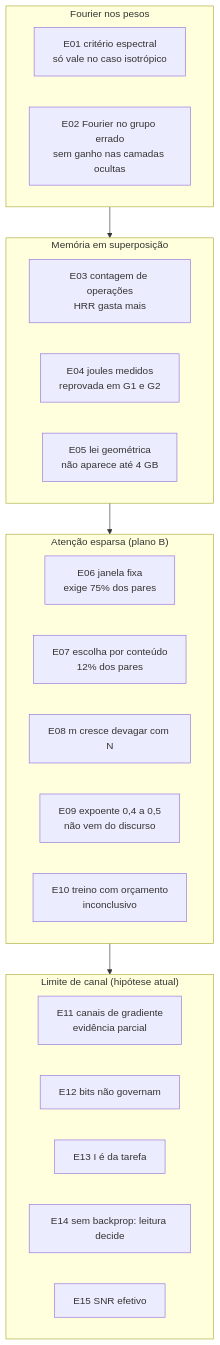
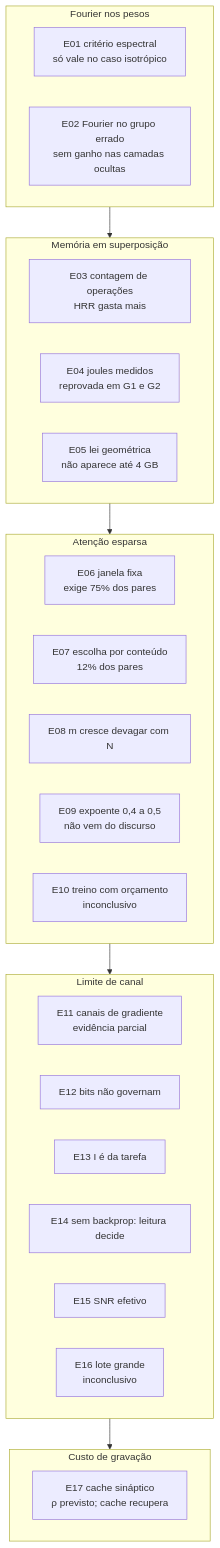
One commit to matheuscbs/quantcomput changed the second of 2 diagrams in README.md. Above: the diagram before and after it, drawn with Mermaid. The commit also changed other lines of this file and 12 other files, not shown here.

````diff
--- a/README.md
+++ b/README.md
@@ -72,27 +108,31 @@
 ```mermaid
 flowchart TD
     subgraph S1["Fourier nos pesos"]
         E01["E01 critério espectral<br/>só vale no caso isotrópico"]
         E02["E02 Fourier no grupo errado<br/>sem ganho nas camadas ocultas"]
     end
     subgraph S2["Memória em superposição"]
         E03["E03 contagem de operações<br/>HRR gasta mais"]
         E04["E04 joules medidos<br/>reprovada em G1 e G2"]
         E05["E05 lei geométrica<br/>não aparece até 4 GB"]
     end
-    subgraph S3["Atenção esparsa (plano B)"]
+    subgraph S3["Atenção esparsa"]
         E06["E06 janela fixa<br/>exige 75% dos pares"]
         E07["E07 escolha por conteúdo<br/>12% dos pares"]
         E08["E08 m cresce devagar com N"]
         E09["E09 expoente 0,4 a 0,5<br/>não vem do discurso"]
         E10["E10 treino com orçamento<br/>inconclusivo"]
     end
-    subgraph S4["Limite de canal (hipótese atual)"]
+    subgraph S4["Limite de canal"]
         E11["E11 canais de gradiente<br/>evidência parcial"]
         E12["E12 bits não governam"]
         E13["E13 I é da tarefa"]
         E14["E14 sem backprop: leitura decide"]
         E15["E15 SNR efetivo"]
+        E16["E16 lote grande<br/>inconclusivo"]
     end
-    S1 --> S2 --> S3 --> S4
+    subgraph S5["Custo de gravação"]
+        E17["E17 cache sináptico<br/>ρ previsto; cache recupera"]
+    end
+    S1 --> S2 --> S3 --> S4 --> S5
 ```
````
